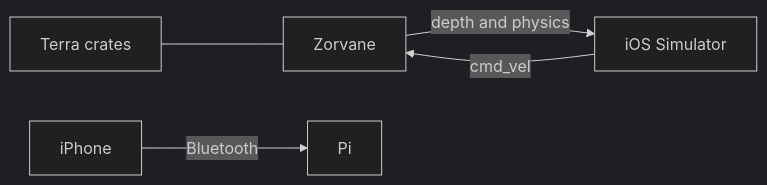
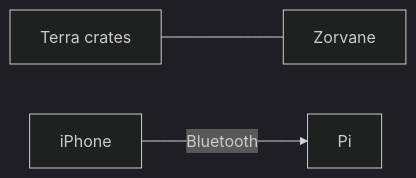
Before and after one commit to Super-Yojan/Terra: the diagram in docs/simulation.md, drawn with Mermaid (dark theme). The commit also changed other lines of this file and 282 other files, not shown here.

````diff
--- a/docs/simulation.md
+++ b/docs/simulation.md
@@ -10,7 +10,5 @@
 ```mermaid
 flowchart LR
-  Z[Zorvane] -->|depth and physics| Sim[iOS Simulator]
-  Sim -->|cmd_vel| Z
-  Crates[Terra crates] --- Z
+  Crates[Terra crates] --- Z[Zorvane]
   Phone[iPhone] -->|Bluetooth| Pi[Pi]
 ```
````
